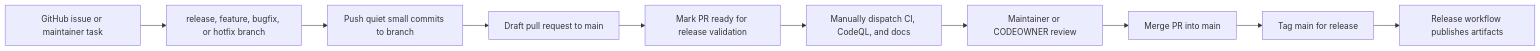
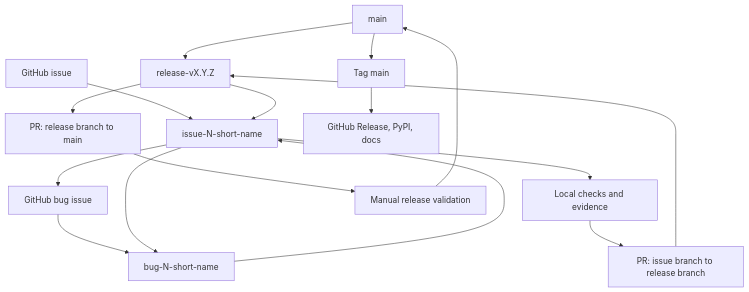
Before and after one commit to ProjectCuillin/nats-sinks: the first of 2 diagrams in docs/branch-workflow.md, drawn with Mermaid. The commit also changed other lines of this file and 10 other files, not shown here.

Commit message:
Document hierarchical release branch workflow

````diff
--- a/docs/branch-workflow.md
+++ b/docs/branch-workflow.md
@@ -19,15 +31,31 @@
 ```mermaid
-flowchart LR
-    Issue[GitHub issue or maintainer task]
-    Branch[release, feature, bugfix, or hotfix branch]
-    Push[Push quiet small commits to branch]
-    PR[Draft pull request to main]
-    Ready[Mark PR ready for release validation]
-    Checks[Manually dispatch CI, CodeQL, and docs]
-    Review[Maintainer or CODEOWNER review]
-    Merge[Merge PR into main]
-    Tag[Tag main for release]
-    Release[Release workflow publishes artifacts]
+flowchart TD
+    Main[main]
+    Release[release-vX.Y.Z]
+    Issue[GitHub issue]
+    Feature[issue-N-short-name]
+    BugIssue[GitHub bug issue]
+    Bug[bug-N-short-name]
+    LocalChecks[Local checks and evidence]
+    FeaturePR[PR: issue branch to release branch]
+    ReleasePR[PR: release branch to main]
+    ReleaseChecks[Manual release validation]
+    Tag[Tag main]
+    Publish[GitHub Release, PyPI, docs]
 
-    Issue --> Branch --> Push --> PR --> Ready --> Checks --> Review --> Merge --> Tag --> Release
+    Main --> Release
+    Issue --> Feature
+    Release --> Feature
+    Feature --> BugIssue
+    BugIssue --> Bug
+    Feature --> Bug
+    Bug --> Feature
+    Feature --> LocalChecks
+    LocalChecks --> FeaturePR
+    FeaturePR --> Release
+    Release --> ReleasePR
+    ReleasePR --> ReleaseChecks
+    ReleaseChecks --> Main
+    Main --> Tag
+    Tag --> Publish
 ```
````
